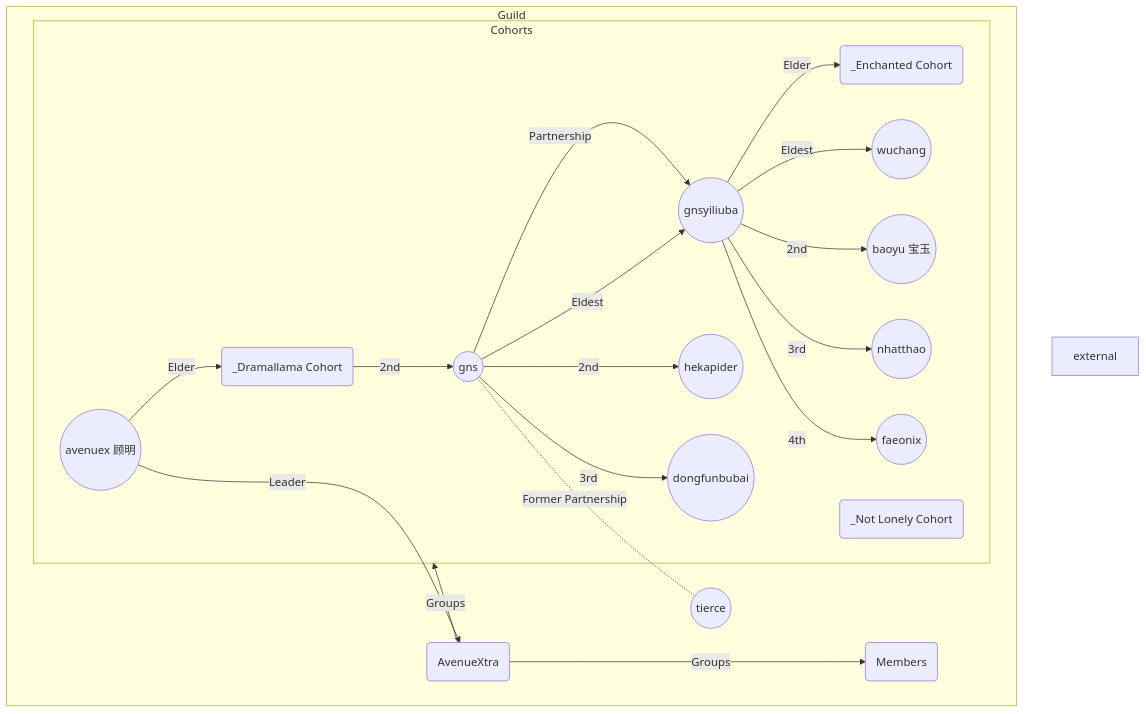
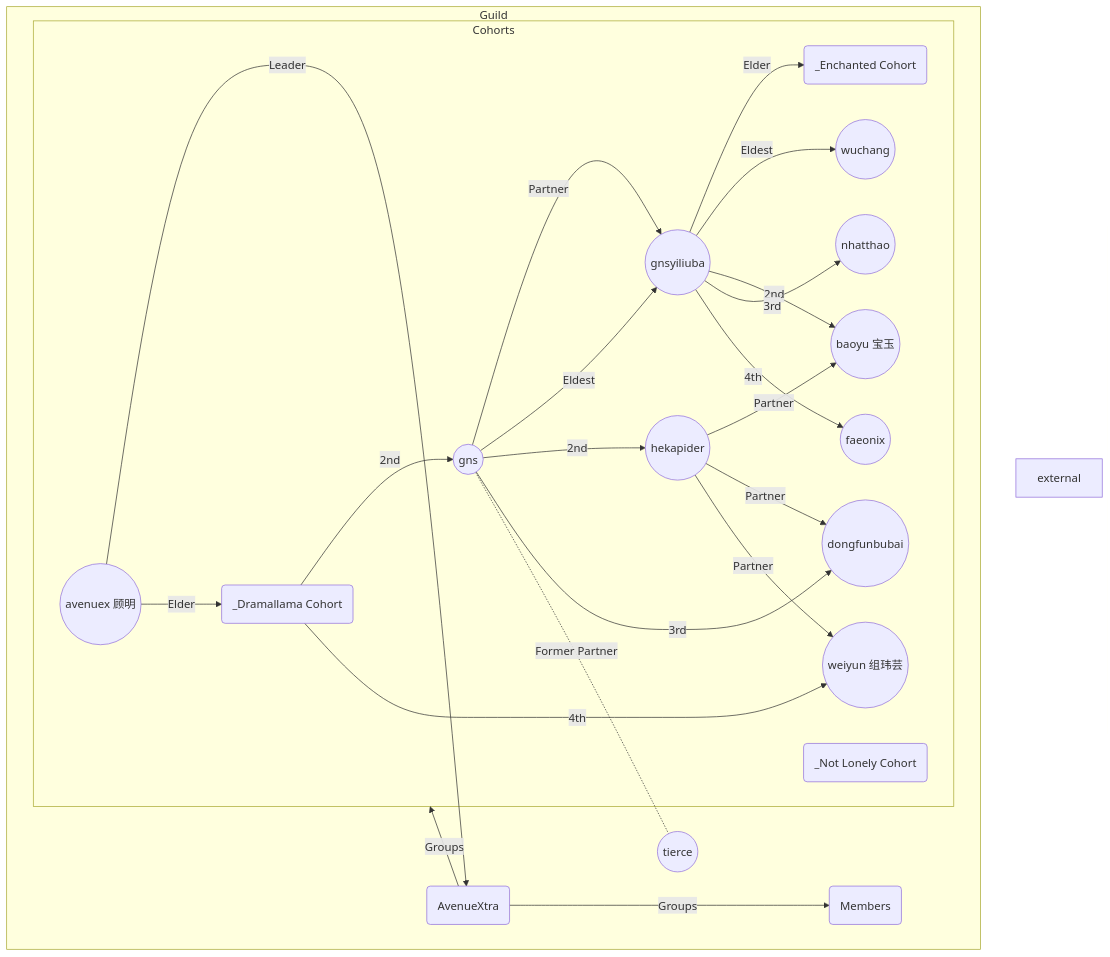
The diagram in content/Guild/AvenueXtra.md (gns168/wwm168), drawn with Mermaid before and after one commit. The commit also changed 2 other files, not shown here.

Commit message:
Quartz sync: Jun 20, 2026, 1:32 PM

````diff
--- a/content/Guild/AvenueXtra.md
+++ b/content/Guild/AvenueXtra.md
@@ -13,50 +13,55 @@
 ```mermaid
 graph TB
 
 l((avenuex 顾明))
 g(AvenueXtra)
 c1(_Dramallama Cohort)
 c2(_Enchanted Cohort)
 c3(_Not Lonely Cohort)
 m(Members)
 e[external]
 
 m1((gnsyiliuba))
 m2((gns))
 m3((tierce))
 m4((wuchang))
 m5((baoyu 宝玉))
 m6((nhatthao))
 m7((faeonix))
 m8((hekapider))
 m9((dongfunbubai))
+m10((weiyun 组玮芸))
 
 l --> |Leader| g
-m2 --> |Partnership| m1
+m2 --> |Partner| m1
 m2 --> |Eldest| m1
+m8 --> |Partner| m5((baoyu 宝玉))
+m8 --> |Partner| m9((dongfunbubai))
+m8 --> |Partner| m10((weiyun 组玮芸))
 
 subgraph Guild
 	g ---> |Groups| Cohorts & m
 	m
 	subgraph Cohorts
 		l --> |Elder| c1
 			c1 --> |2nd| m2
 				m2 --> |2nd| m8
 				m2 --> |3rd| m9
+			c1 --> |4th| m10
 		m1 --> |Elder| c2
 			m1 --> |Eldest| m4
 			m1 --> |2nd| m5
 			m1 --> |3rd| m6
 			m1 --> |4th| m7
 		c3
 	end
-	m2 -.- |Former Partnership| m3
+	m2 -.- |Former Partner| m3
 end
 
 
 
 
 
 class g,c1,c2,c3,m,e internal-link
 class l,m1,m2,m3,m4,m5,m6,m7,m8,m9 internal-link
 ```
````
